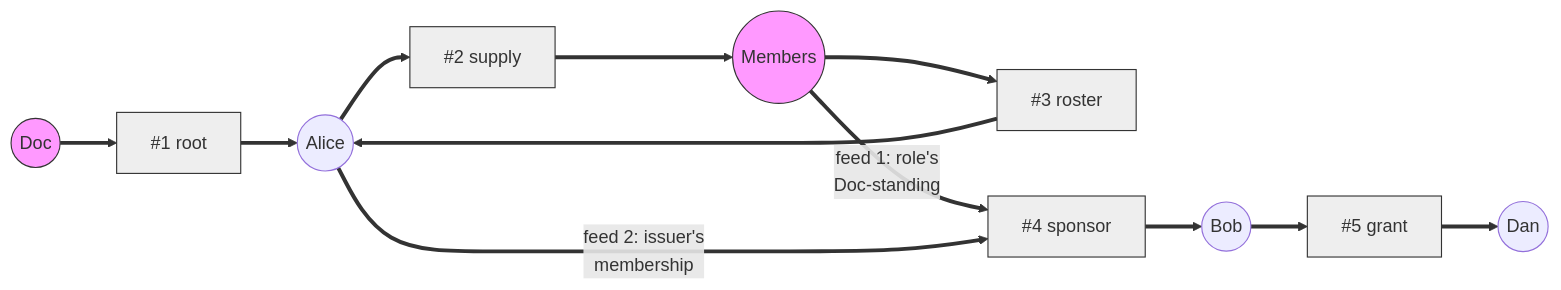
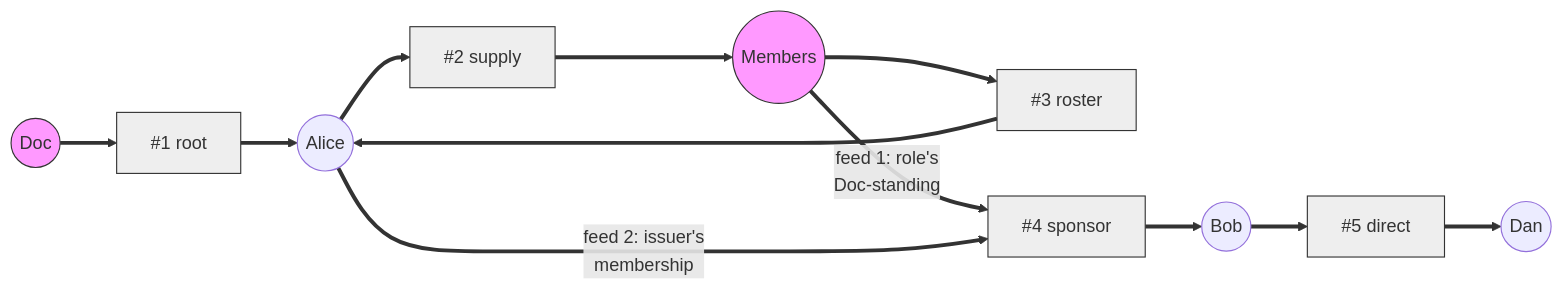
The third of 3 diagrams in design/keyline/evaluation-notes.md (inkandswitch/keyhive), drawn with Mermaid before and after one commit. The commit also changed other lines of this file and 13 other files, not shown here.

````diff
--- a/design/keyline/evaluation-notes.md
+++ b/design/keyline/evaluation-notes.md
@@ -129,25 +129,25 @@
 ```mermaid
 flowchart LR
     classDef subject fill:#f9f,stroke:#333
     classDef cert fill:#eee,stroke:#333
 
     Doc((Doc)):::subject
     Members((Members)):::subject
     Alice((Alice))
     Bob((Bob))
     Dan((Dan))
 
     c1["#1 root"]:::cert
     c2["#2 supply"]:::cert
     c3["#3 roster"]:::cert
     c4["#4 sponsor"]:::cert
-    c5["#5 grant"]:::cert
+    c5["#5 direct"]:::cert
 
     Doc ==> c1 ==> Alice
     Alice ==> c2 ==> Members
     Members ==> c3 ==> Alice
     Members ==>|"feed 1: role's<br/>Doc-standing"| c4
     Alice ==>|"feed 2: issuer's<br/>membership"| c4
     c4 ==> Bob
     Bob ==> c5 ==> Dan
 ```
````
